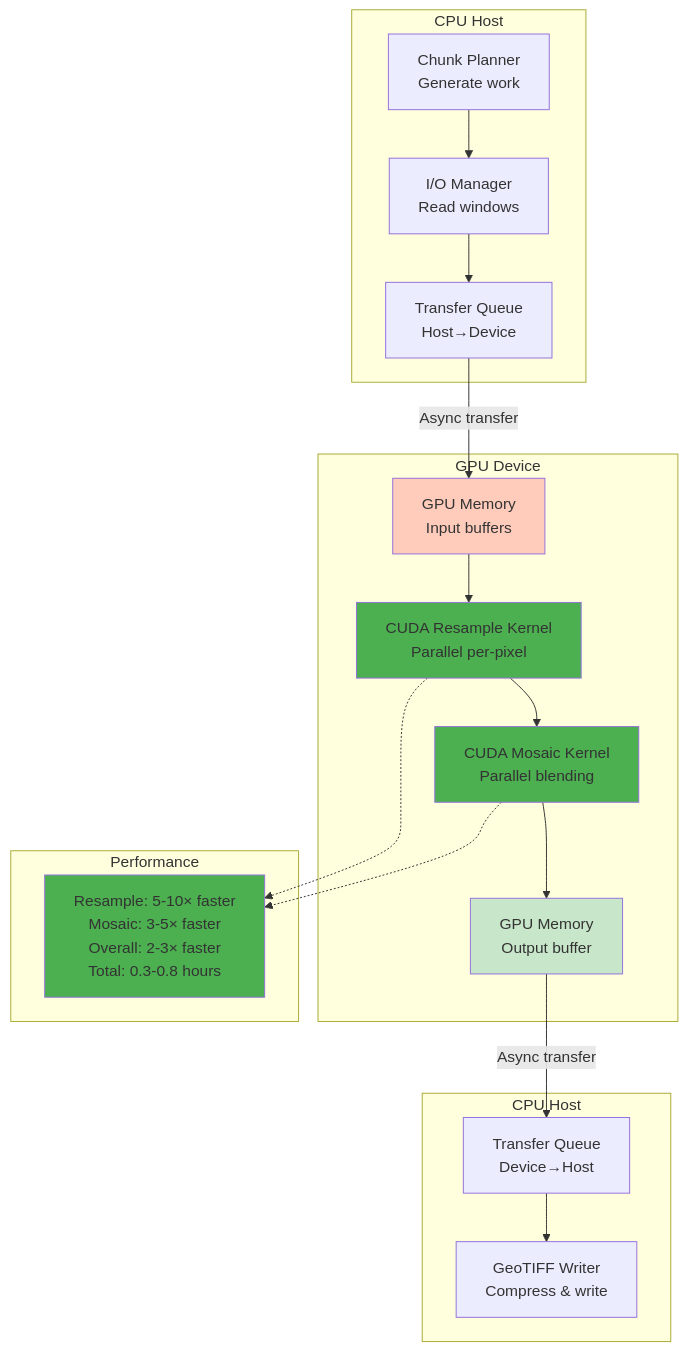
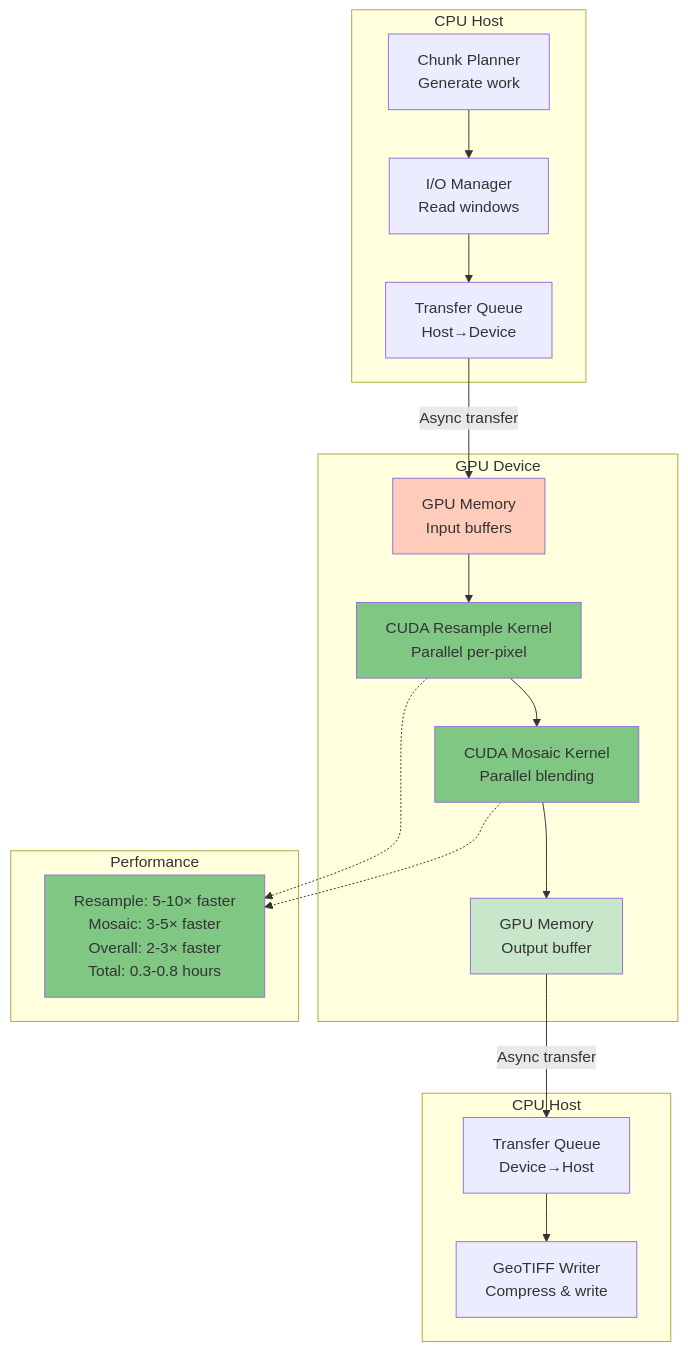
Diagram 16 of 18 in docs/overview_diagrams.md (Anmol-STRS/TerrainBuilderI-0), drawn with Mermaid before and after one commit. The commit also changed other lines of this file and 20 other files, not shown here.

````diff
--- a/docs/overview_diagrams.md
+++ b/docs/overview_diagrams.md
@@ -800,42 +761,42 @@
 ```mermaid
 graph TB
     subgraph "CPU Host"
         A[Chunk Planner<br/>Generate work]
         B[I/O Manager<br/>Read windows]
         C[Transfer Queue<br/>Host→Device]
     end
     
     subgraph "GPU Device"
         D[GPU Memory<br/>Input buffers]
         E[CUDA Resample Kernel<br/>Parallel per-pixel]
         F[CUDA Mosaic Kernel<br/>Parallel blending]
         G[GPU Memory<br/>Output buffer]
     end
     
     subgraph "CPU Host"
         H[Transfer Queue<br/>Device→Host]
         I[GeoTIFF Writer<br/>Compress & write]
     end
     
     A --> B
     B --> C
     C -->|Async transfer| D
     D --> E
     E --> F
     F --> G
     G -->|Async transfer| H
     H --> I
     
     subgraph "Performance"
         J[Resample: 5-10× faster<br/>Mosaic: 3-5× faster<br/>Overall: 2-3× faster<br/>Total: 0.3-0.8 hours]
     end
     
     E -.-> J
     F -.-> J
     
-    style D fill:#ffccbc
-    style E fill:#4caf50
-    style F fill:#4caf50
-    style G fill:#c8e6c9
-    style J fill:#4caf50
+    style D fill:#FFCCBC
+    style E fill:#81C784
+    style F fill:#81C784
+    style G fill:#C8E6C9
+    style J fill:#81C784
 ```
````
